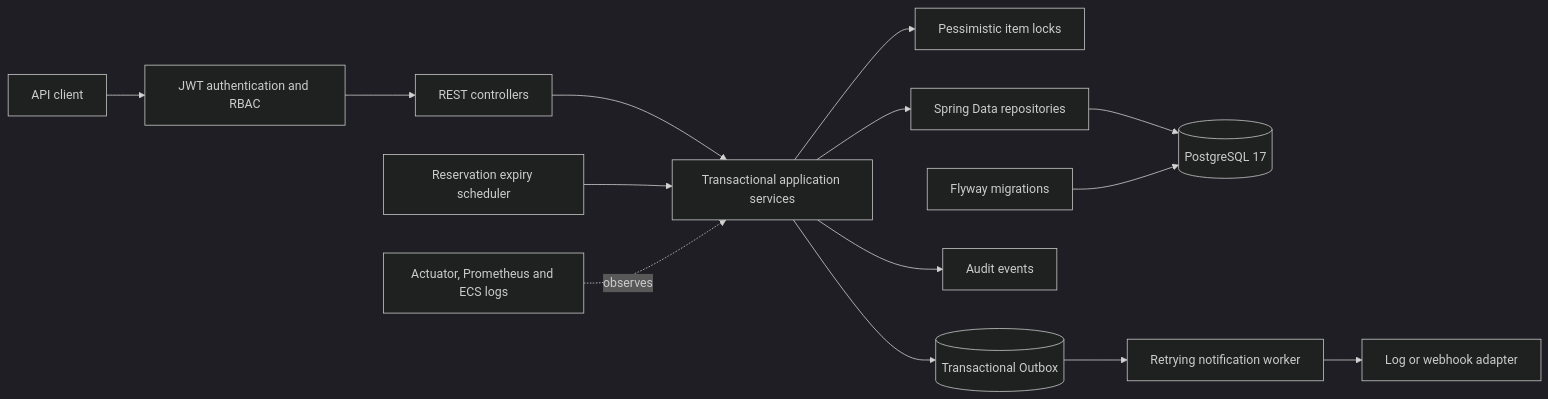
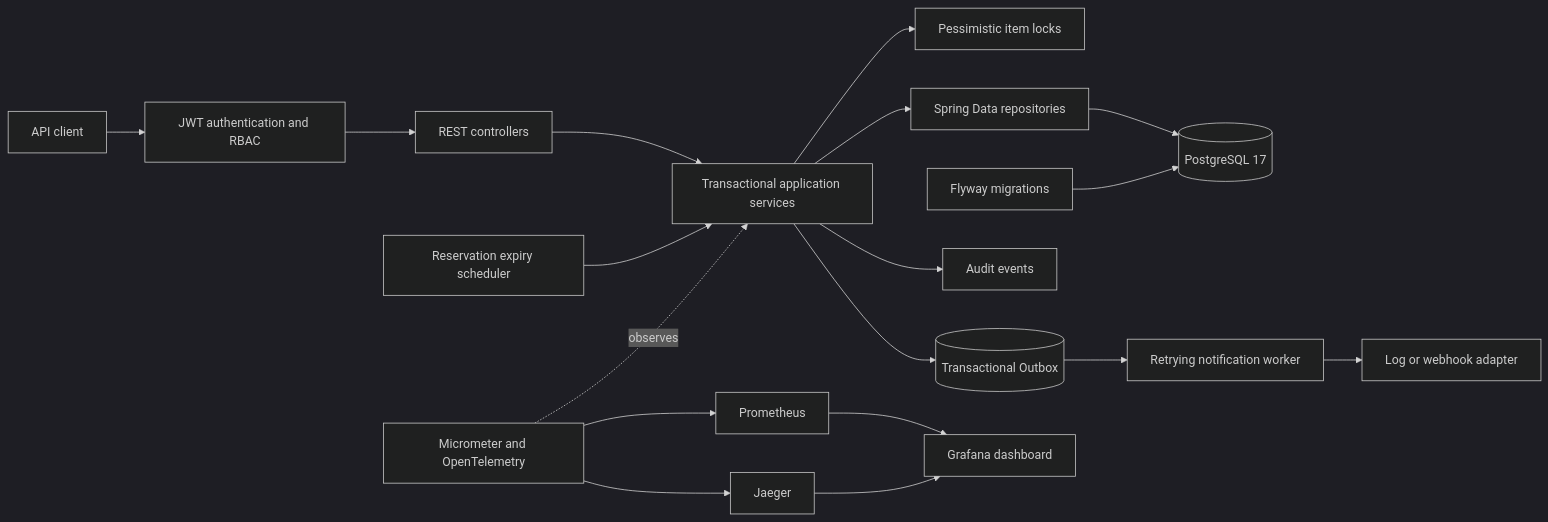
The first of 2 diagrams in readme.md (ricardoportoIE/resource-lending-api), drawn with Mermaid (dark theme) before and after one commit. The commit also changed other lines of this file and 19 other files, not shown here.

````diff
--- a/readme.md
+++ b/readme.md
@@ -35,16 +36,20 @@
 ```mermaid
 flowchart LR
     Client[API client] --> Security[JWT authentication and RBAC]
     Security --> Controllers[REST controllers]
     Controllers --> Services[Transactional application services]
     Services --> Locks[Pessimistic item locks]
     Services --> Repositories[Spring Data repositories]
     Repositories --> DB[(PostgreSQL 17)]
     Flyway[Flyway migrations] --> DB
     Services --> Audit[Audit events]
     Services --> Outbox[(Transactional Outbox)]
     Outbox --> Worker[Retrying notification worker]
     Worker --> External[Log or webhook adapter]
     Scheduler[Reservation expiry scheduler] --> Services
-    Observability[Actuator, Prometheus and ECS logs] -. observes .-> Services
+    Observability[Micrometer and OpenTelemetry] -. observes .-> Services
+    Observability --> Prometheus[Prometheus]
+    Observability --> Jaeger[Jaeger]
+    Prometheus --> Grafana[Grafana dashboard]
+    Jaeger --> Grafana
 ```
````
